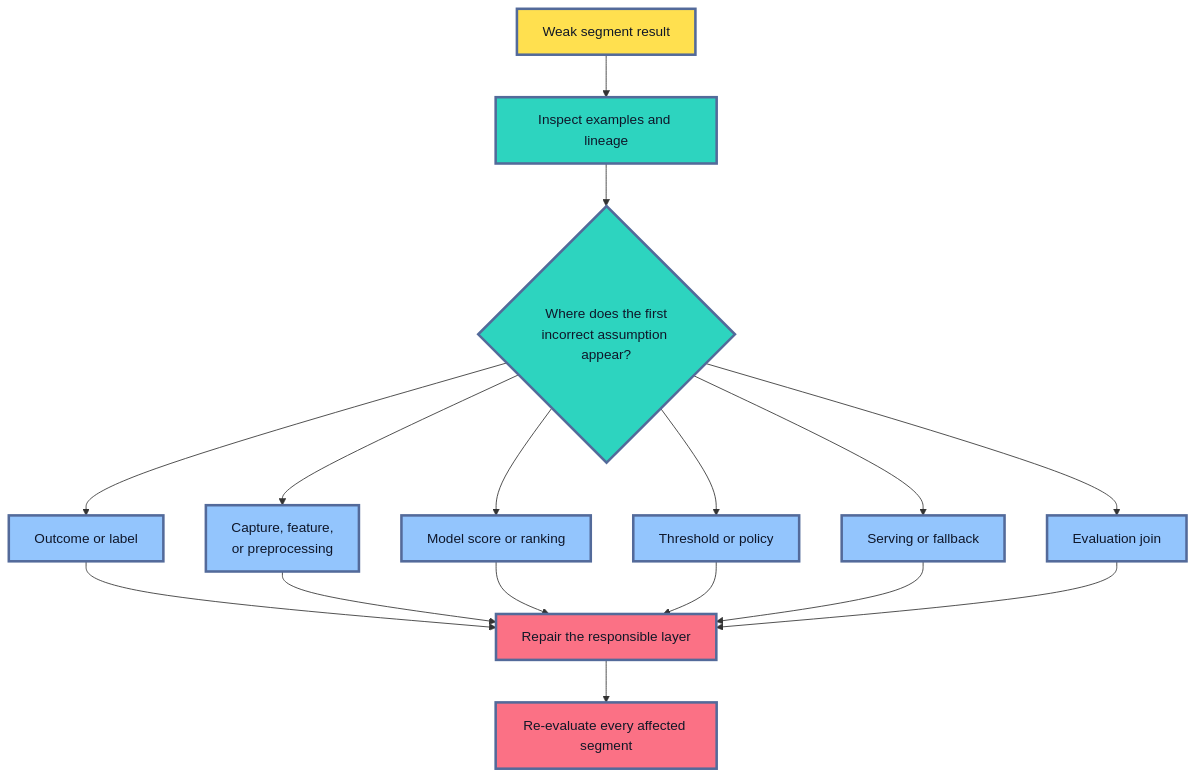
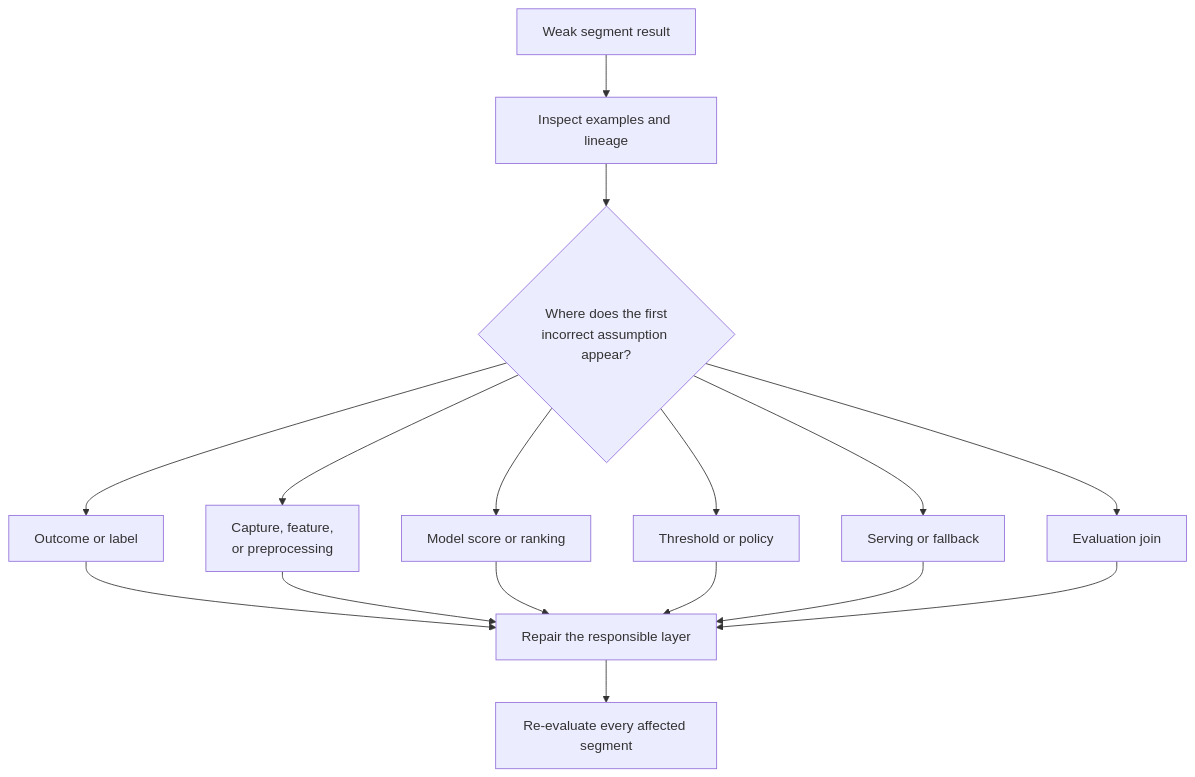
The eighth of 12 diagrams in roadmaps/mlops/modules/model-evaluation/production-readiness/01-segment-evaluation-edge-cases.md (senlinyy/dev-roadmaps), drawn with Mermaid before and after one commit. The commit also changed other lines of this file and 152 other files, not shown here.

Commit message:
feat: mlops and diagrams updated

````diff
--- a/roadmaps/mlops/modules/model-evaluation/production-readiness/01-segment-evaluation-edge-cases.md
+++ b/roadmaps/mlops/modules/model-evaluation/production-readiness/01-segment-evaluation-edge-cases.md
@@ -581,27 +559,23 @@
 ```mermaid
 flowchart TD
     A["Weak segment result"] --> B["Inspect examples and lineage"]
     B --> C{"Where does the first<br/>incorrect assumption appear?"}
     C --> D["Outcome or label"]
     C --> E["Capture, feature,<br/>or preprocessing"]
     C --> F["Model score or ranking"]
     C --> G["Threshold or policy"]
     C --> H["Serving or fallback"]
     C --> I["Evaluation join"]
     D --> J["Repair the responsible layer"]
     E --> J
     F --> J
     G --> J
     H --> J
     I --> J
     J --> K["Re-evaluate every affected segment"]
 
-    classDef result fill:#FFE04F,stroke:#536A9A,stroke-width:3px,color:#111827
-    classDef inspect fill:#2DD4BF,stroke:#536A9A,stroke-width:3px,color:#0F172A
-    classDef layer fill:#93C5FD,stroke:#536A9A,stroke-width:3px,color:#0F172A
-    classDef action fill:#FB7185,stroke:#536A9A,stroke-width:3px,color:#111827
     class A result
     class B,C inspect
     class D,E,F,G,H,I layer
     class J,K action
 ```
````
